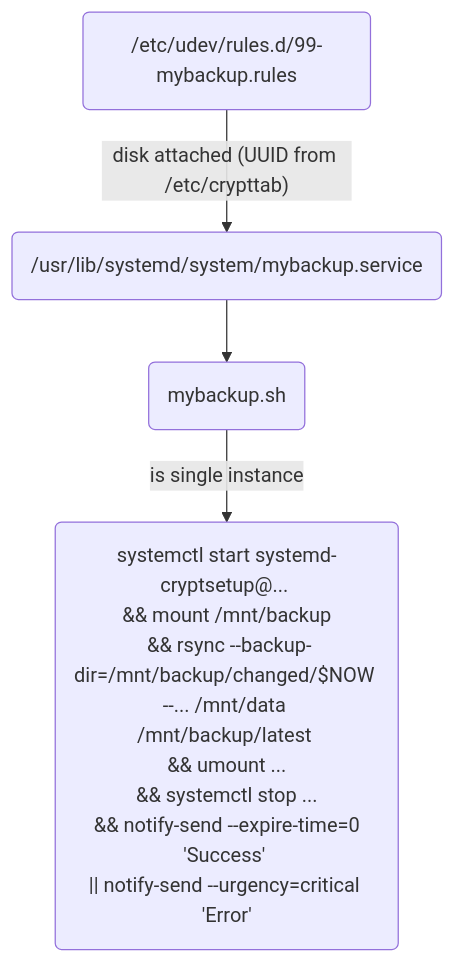
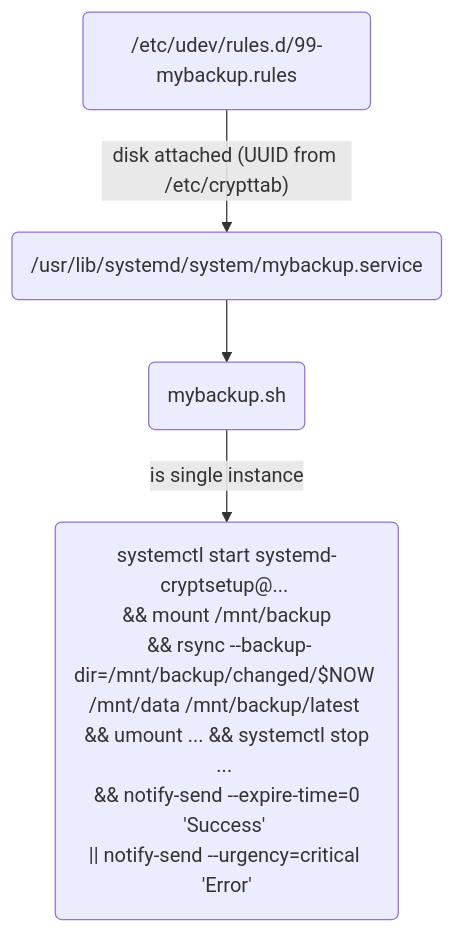
One commit to andre-st/dotfiles changed the diagram in README.md. Above: the diagram before and after it, drawn with Mermaid.

````diff
--- a/README.md
+++ b/README.md
@@ -269,12 +269,12 @@
 ```mermaid
 flowchart TD
 
 	udev("/etc/udev/rules.d/99-mybackup.rules")
 	service("/usr/lib/systemd/system/mybackup.service")
 	sh("mybackup.sh")
-	rsync("systemctl start systemd-cryptsetup@... <br> && mount /mnt/backup <br> && rsync --backup-dir=/mnt/backup/changed/$NOW --... /mnt/data /mnt/backup/latest <br> && umount ... <br> && systemctl stop ... <br> && notify-send --expire-time=0 'Success' <br>|| notify-send --urgency=critical 'Error'")
+	rsync("systemctl start systemd-cryptsetup@... <br> && mount /mnt/backup <br> && rsync --backup-dir=/mnt/backup/changed/$NOW /mnt/data /mnt/backup/latest <br> && umount ... && systemctl stop ... <br> && notify-send --expire-time=0 'Success' <br>|| notify-send --urgency=critical 'Error'")
 
 	udev-- "disk attached (UUID from /etc/crypttab)" -->service
 	service-->sh
 	sh-- "is single instance" -->rsync
 ```
````
